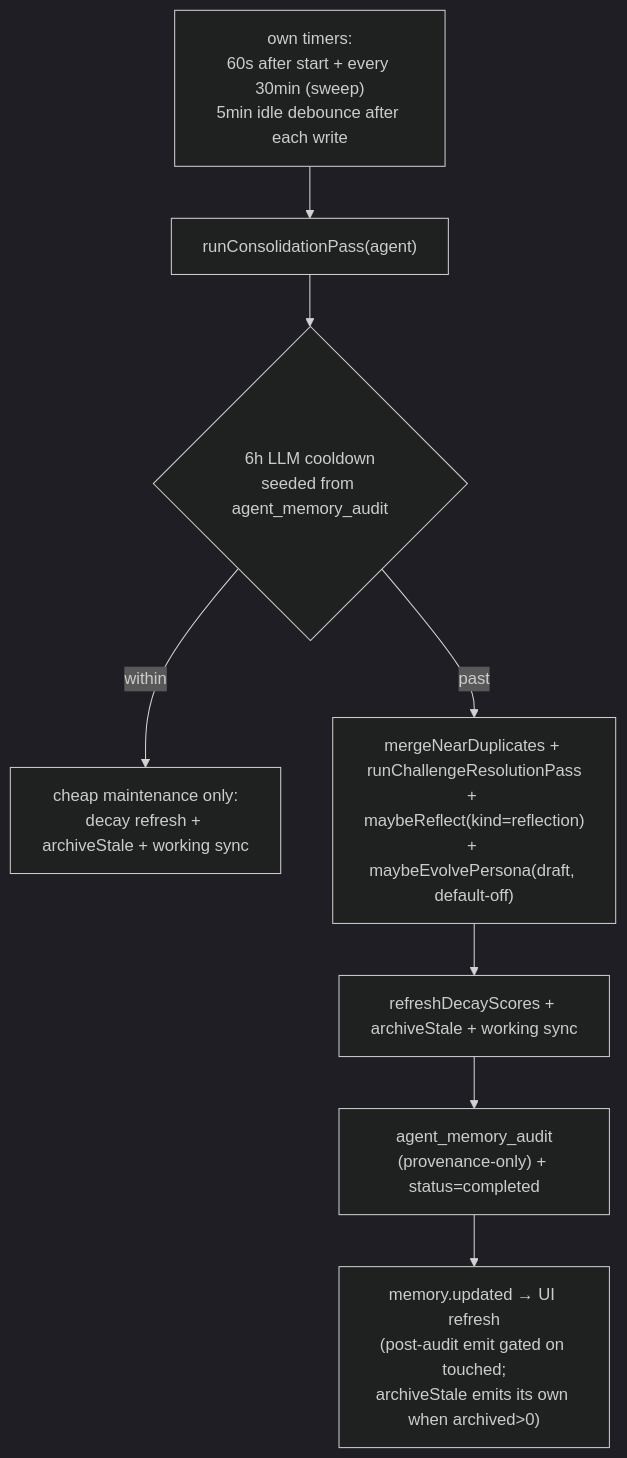
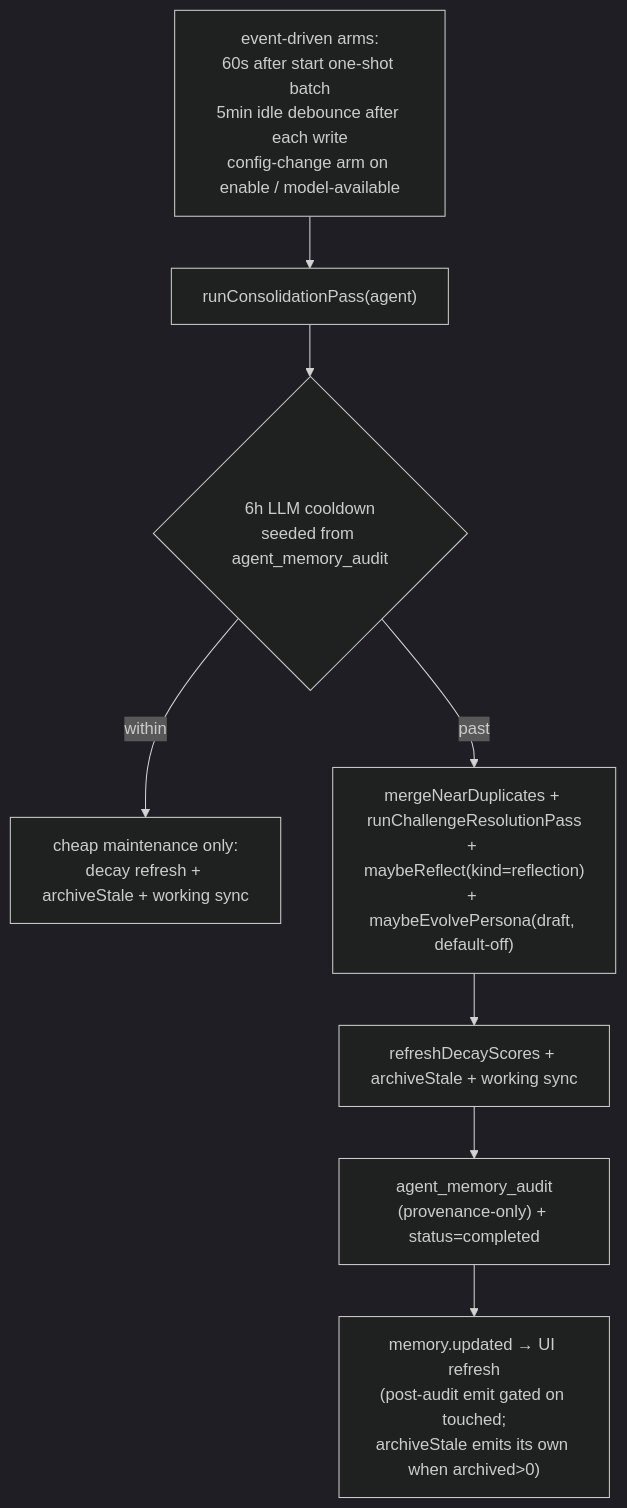
Before and after one commit to ThinkInAIXYZ/deepchat: the fourth of 5 diagrams in docs/architecture/agent-memory-system/spec.md, drawn with Mermaid (dark theme). The commit also changed other lines of this file and 16 other files, not shown here.

````diff
--- a/docs/architecture/agent-memory-system/spec.md
+++ b/docs/architecture/agent-memory-system/spec.md
@@ -386,10 +386,10 @@
 ```mermaid
 flowchart TD
-  TM["own timers:<br/>60s after start + every 30min (sweep)<br/>5min idle debounce after each write"] --> CP["runConsolidationPass(agent)"]
+  TM["event-driven arms:<br/>60s after start one-shot batch<br/>5min idle debounce after each write<br/>config-change arm on enable / model-available"] --> CP["runConsolidationPass(agent)"]
   CP --> CD{"6h LLM cooldown<br/>seeded from agent_memory_audit"}
   CD -- within --> CHEAP["cheap maintenance only:<br/>decay refresh + archiveStale + working sync"]
   CD -- past --> LLMJOB["mergeNearDuplicates + runChallengeResolutionPass<br/>+ maybeReflect(kind=reflection)<br/>+ maybeEvolvePersona(draft, default-off)"]
   LLMJOB --> POST["refreshDecayScores + archiveStale + working sync"]
   POST --> AUD["agent_memory_audit<br/>(provenance-only) + status=completed"]
   AUD --> EV["memory.updated → UI refresh<br/>(post-audit emit gated on touched;<br/>archiveStale emits its own when archived&gt;0)"]
 ```
````
